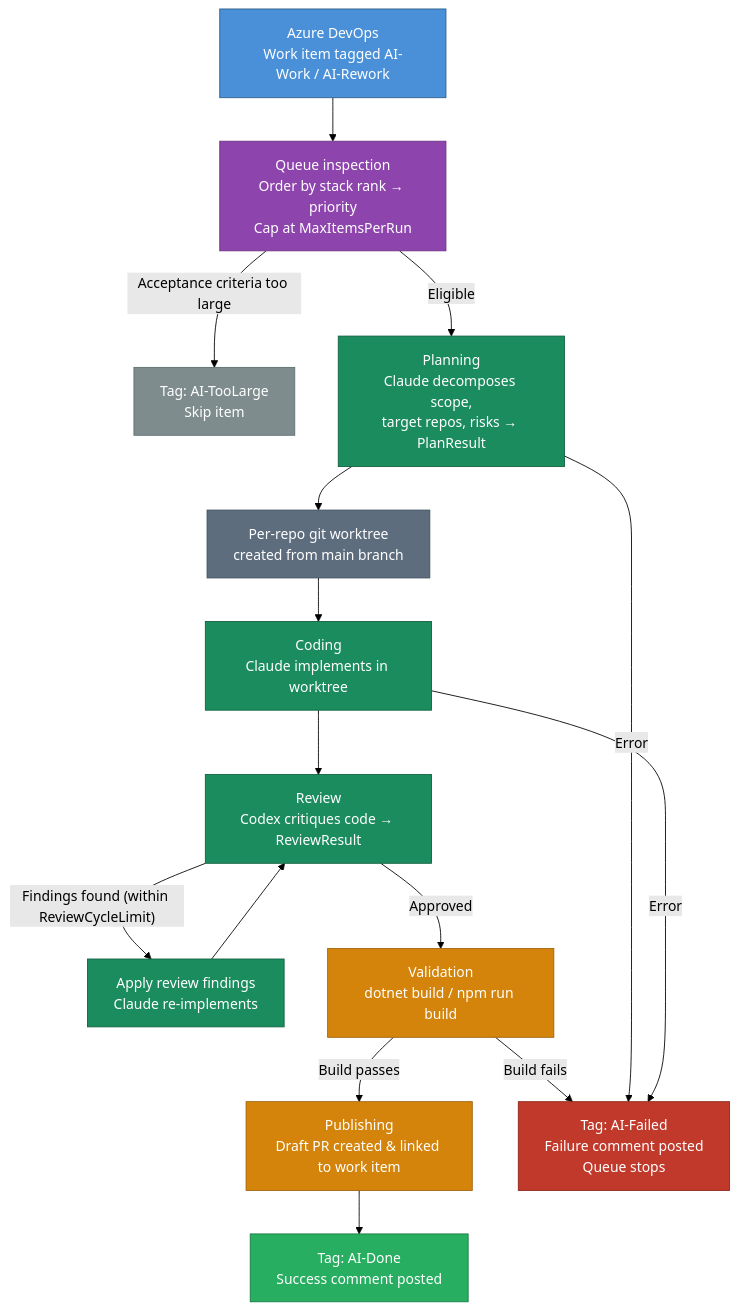
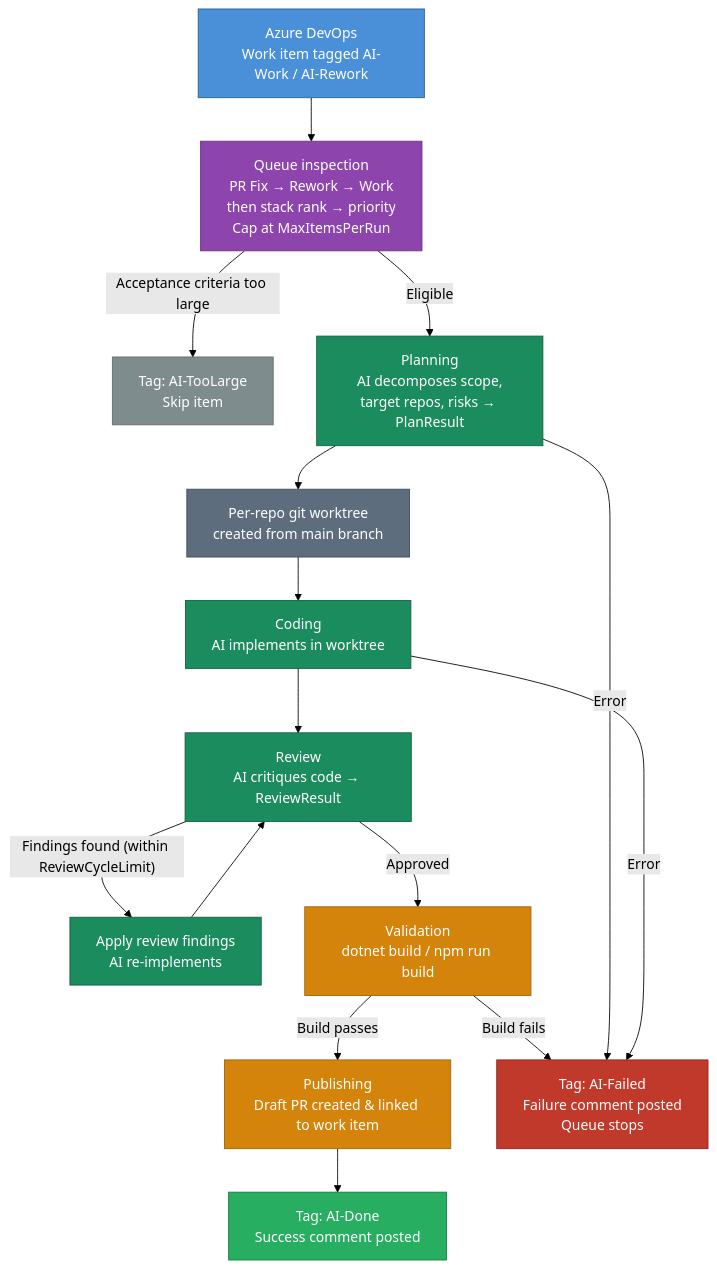
Before and after one commit to SpaceOgre/ado-autonomous-worker: the first of 2 diagrams in README.md, drawn with Mermaid (forest theme). The commit also changed other lines of this file, not shown here.

````diff
--- a/README.md
+++ b/README.md
@@ -19,49 +17,49 @@
 ```mermaid
 flowchart TD
     classDef ado     fill:#4A90D9,stroke:#2C5F8A,color:#fff
     classDef queue   fill:#8E44AD,stroke:#6C3483,color:#fff
     classDef agent   fill:#1A8C5E,stroke:#116040,color:#fff
     classDef infra   fill:#5D6D7E,stroke:#3D4F5E,color:#fff
     classDef check   fill:#D4840A,stroke:#A0620A,color:#fff
     classDef success fill:#27AE60,stroke:#1A7A42,color:#fff
     classDef failure fill:#C0392B,stroke:#8E2418,color:#fff
     classDef skipped fill:#7F8C8D,stroke:#5D6D6E,color:#fff
 
     ADO["Azure DevOps<br/>Work item tagged AI-Work / AI-Rework"]
-    Queue["Queue inspection<br/>Order by stack rank → priority<br/>Cap at MaxItemsPerRun"]
+    Queue["Queue inspection<br/>PR Fix → Rework → Work<br/>then stack rank → priority<br/>Cap at MaxItemsPerRun"]
     TooLarge["Tag: AI-TooLarge<br/>Skip item"]
-    Plan["Planning<br/>Claude decomposes scope,<br/>target repos, risks → PlanResult"]
+    Plan["Planning<br/>AI decomposes scope,<br/>target repos, risks → PlanResult"]
     Worktree["Per-repo git worktree<br/>created from main branch"]
-    Code["Coding<br/>Claude implements in worktree"]
-    Review["Review<br/>Codex critiques code → ReviewResult"]
-    ApplyReview["Apply review findings<br/>Claude re-implements"]
+    Code["Coding<br/>AI implements in worktree"]
+    Review["Review<br/>AI critiques code → ReviewResult"]
+    ApplyReview["Apply review findings<br/>AI re-implements"]
     Validate["Validation<br/>dotnet build / npm run build"]
     Publish["Publishing<br/>Draft PR created & linked to work item"]
     Done["Tag: AI-Done<br/>Success comment posted"]
     Failed["Tag: AI-Failed<br/>Failure comment posted<br/>Queue stops"]
 
     ADO --> Queue
     Queue -- "Acceptance criteria too large" --> TooLarge
     Queue -- "Eligible" --> Plan
     Plan --> Worktree
     Worktree --> Code
     Code --> Review
     Review -- "Findings found (within ReviewCycleLimit)" --> ApplyReview
     ApplyReview --> Review
     Review -- "Approved" --> Validate
     Validate -- "Build fails" --> Failed
     Validate -- "Build passes" --> Publish
     Publish --> Done
     Plan -- "Error" --> Failed
     Code -- "Error" --> Failed
 
     class ADO ado
     class Queue queue
     class TooLarge skipped
     class Plan,Code,Review,ApplyReview agent
     class Worktree infra
     class Validate check
     class Publish check
     class Done success
     class Failed failure
 ```
````
